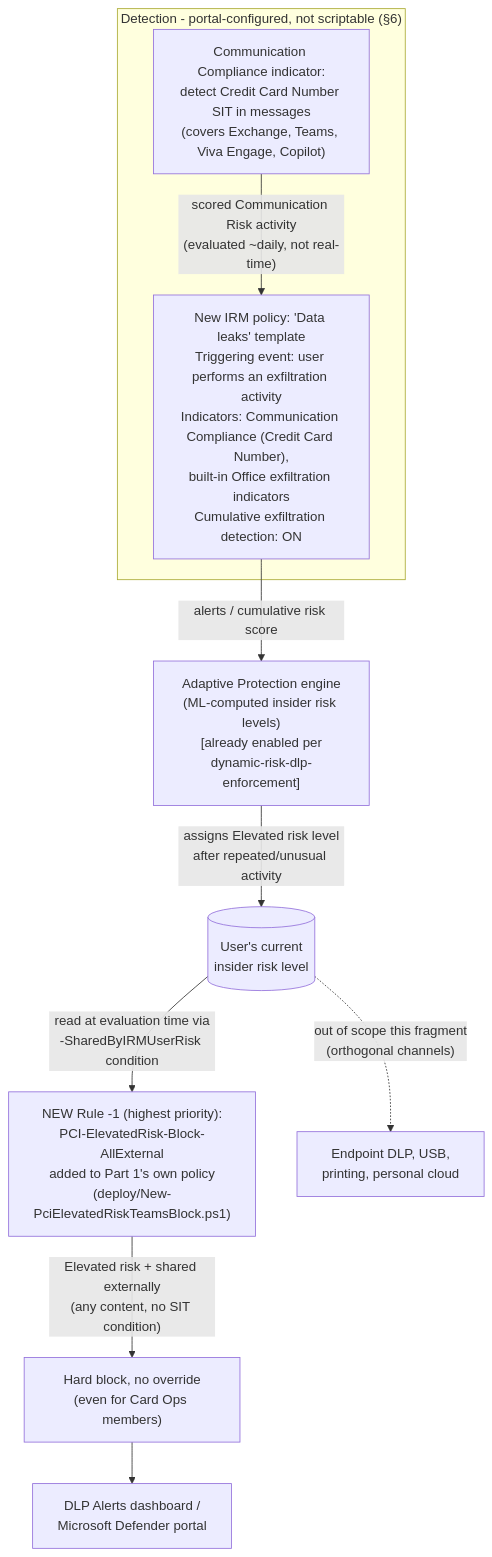
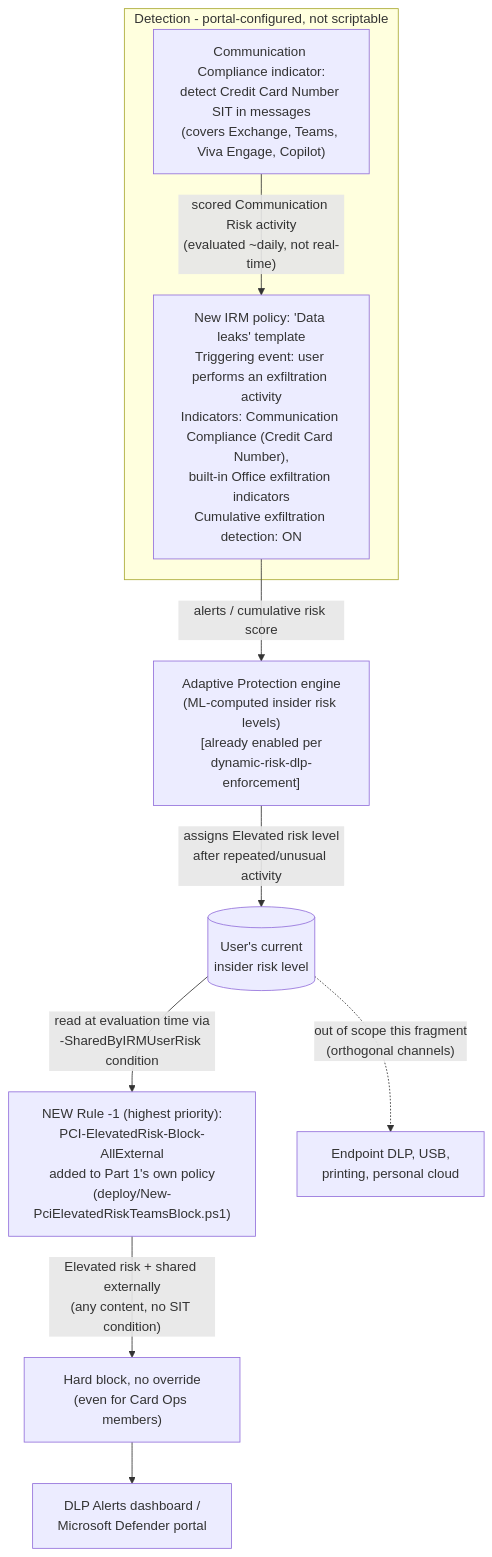
Before and after one commit to kpsec1/kpsec1.github.io: the diagram in src/content/scenarios/dlp/pci-teams-exfil-block-part2-obfuscation-mitigation.design.md, drawn with Mermaid. The commit also changed 269 other files, not shown here.

````diff
--- a/src/content/scenarios/dlp/pci-teams-exfil-block-part2-obfuscation-mitigation.design.md
+++ b/src/content/scenarios/dlp/pci-teams-exfil-block-part2-obfuscation-mitigation.design.md
@@ -66,14 +66,14 @@
 ```mermaid
 flowchart TD
-    subgraph Detect["Detection - portal-configured, not scriptable (§6)"]
+    subgraph Detect["Detection - portal-configured, not scriptable"]
         CC["Communication Compliance indicator:\ndetect Credit Card Number SIT in messages\n(covers Exchange, Teams, Viva Engage, Copilot)"]
         IRM["New IRM policy: 'Data leaks' template\nTriggering event: user performs an exfiltration activity\nIndicators: Communication Compliance (Credit Card Number),\nbuilt-in Office exfiltration indicators\nCumulative exfiltration detection: ON"]
         CC -->|"scored Communication Risk activity\n(evaluated ~daily, not real-time)"| IRM
     end
     IRM -->|alerts / cumulative risk score| APEngine["Adaptive Protection engine\n(ML-computed insider risk levels)\n[already enabled per\ndynamic-risk-dlp-enforcement]"]
     APEngine -->|"assigns Elevated risk level\nafter repeated/unusual activity"| RiskLevel[("User's current\ninsider risk level")]
     RiskLevel -->|"read at evaluation time via\n-SharedByIRMUserRisk condition"| NewRule["NEW Rule -1 (highest priority):\nPCI-ElevatedRisk-Block-AllExternal\nadded to Part 1's own policy\n(deploy/New-PciElevatedRiskTeamsBlock.ps1)"]
     NewRule -->|"Elevated risk + shared externally\n(any content, no SIT condition)"| Block["Hard block, no override\n(even for Card Ops members)"]
     Block --> Reports["DLP Alerts dashboard /\nMicrosoft Defender portal"]
     RiskLevel -.->|"out of scope this fragment\n(orthogonal channels)"| Endpoint["Endpoint DLP, USB,\nprinting, personal cloud"]
 ```
````
